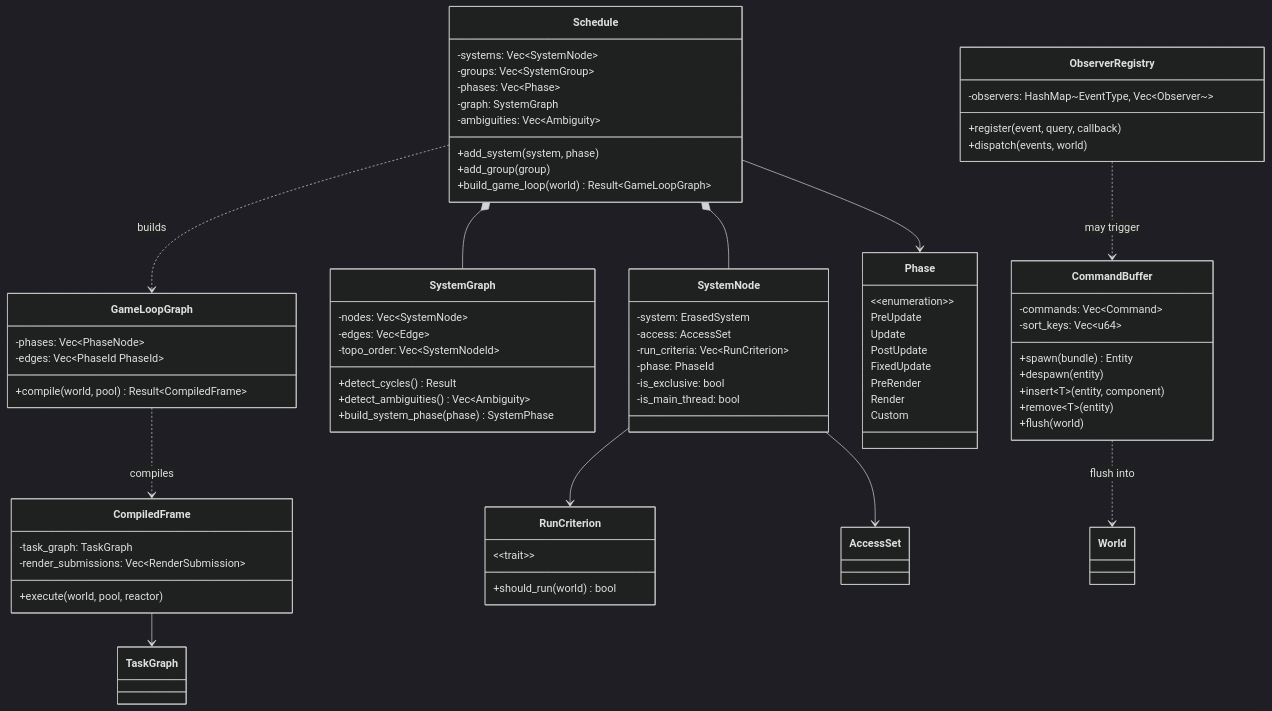
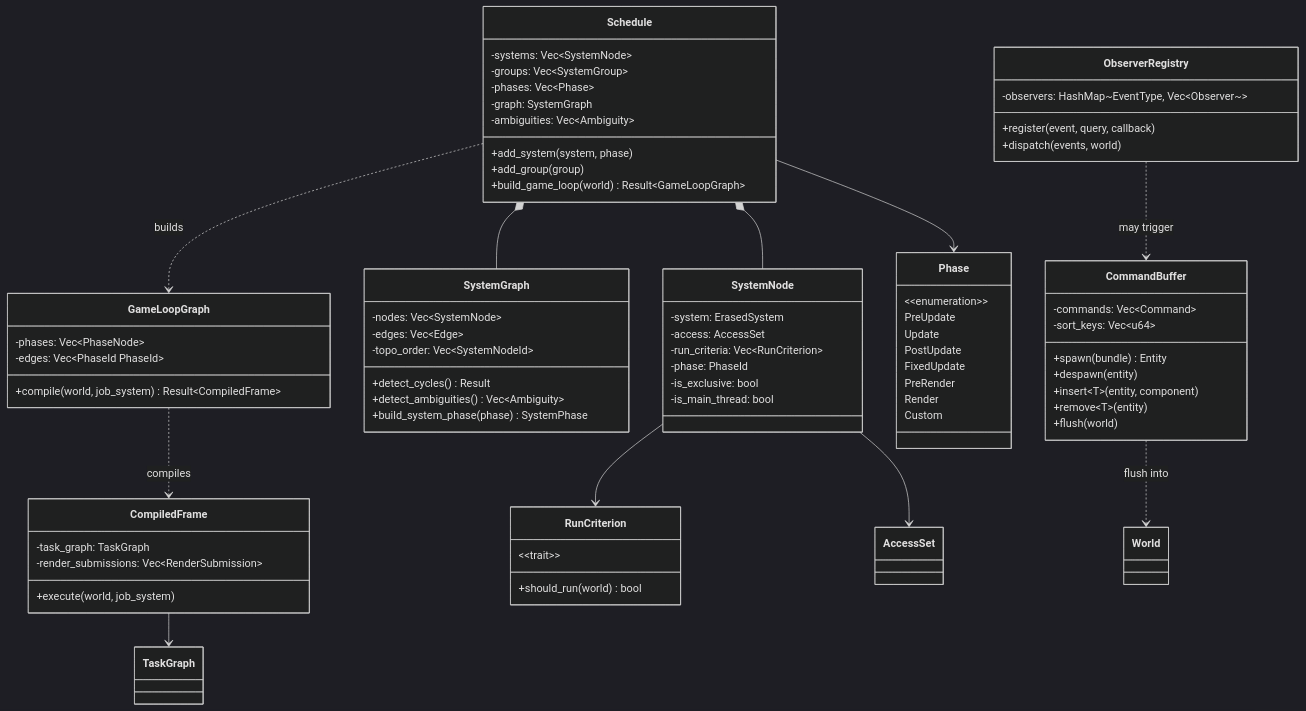
One commit to harmonius-dev/harmonius changed the fourth of 9 diagrams in docs/design/core-runtime/ecs.md. Above: the diagram before and after it, drawn with Mermaid (dark theme). The commit also changed other lines of this file and 174 other files, not shown here.

```diff
--- a/docs/design/core-runtime/ecs.md
+++ b/docs/design/core-runtime/ecs.md
@@ -477,13 +481,13 @@
     class GameLoopGraph {
         -phases: Vec~PhaseNode~
         -edges: Vec~PhaseId PhaseId~
-        +compile(world, pool) Result~CompiledFrame~
+        +compile(world, job_system) Result~CompiledFrame~
     }
 
     class CompiledFrame {
         -task_graph: TaskGraph
         -render_submissions: Vec~RenderSubmission~
-        +execute(world, pool, reactor)
+        +execute(world, job_system)
     }
 
     class Phase {
```
